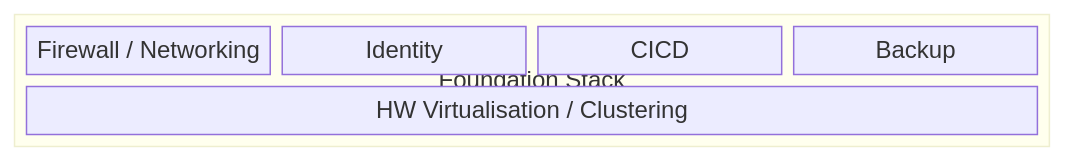
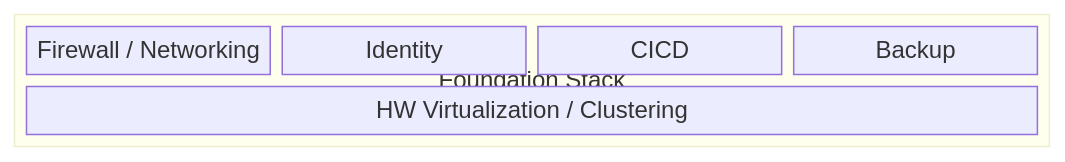
The second of 2 diagrams in docs/architecture/capabilities.md (TAPPaaS/Documentation), drawn with Mermaid before and after one commit. The commit also changed other lines of this file, not shown here.

````diff
--- a/docs/architecture/capabilities.md
+++ b/docs/architecture/capabilities.md
@@ -46,12 +46,12 @@
 ```mermaid
 block-beta
     columns 4
     block:foundation["Foundation Stack"]:4
         columns 4
         fw["Firewall / Networking"]:1
         id["Identity"]:1
         cicd["CICD"]:1
         backup["Backup"]:1
-        hw["HW Virtualisation / Clustering"]:4
+        hw["HW Virtualization / Clustering"]:4
     end
 ```
````
